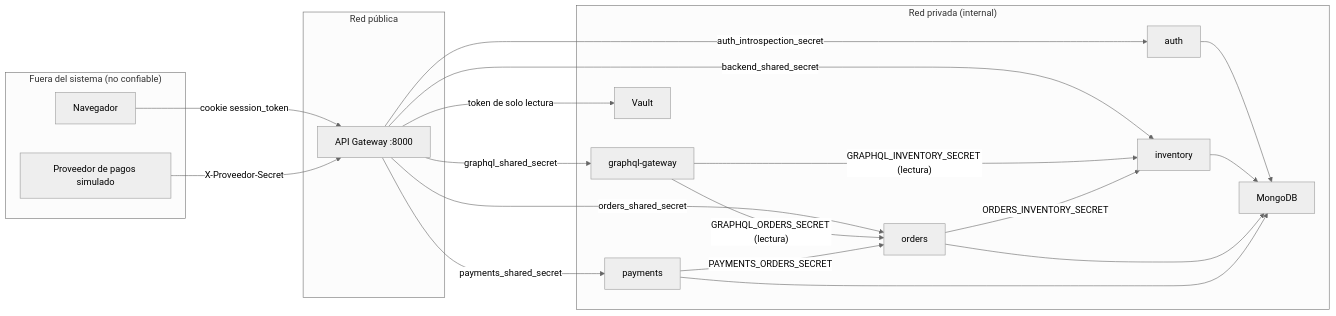
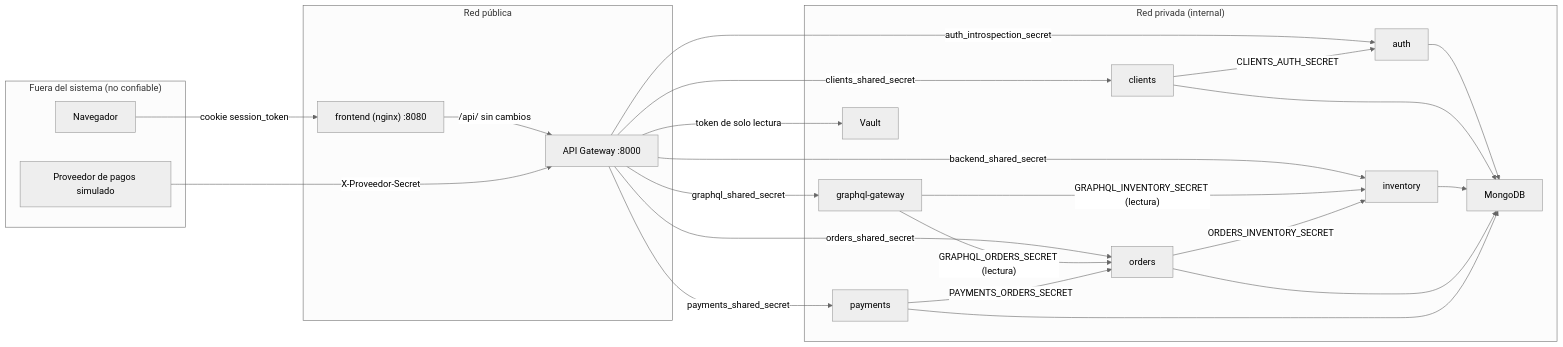
One commit to florenciapachecopardo-star/desarollo-web-unab changed the first of 3 diagrams in docs/m5-gateway.md. Above: the diagram before and after it, drawn with Mermaid (neutral theme). The commit also changed other lines of this file and 4 other files, not shown here.

````diff
--- a/docs/m5-gateway.md
+++ b/docs/m5-gateway.md
@@ -48,35 +48,41 @@
 ```mermaid
 flowchart LR
     subgraph EXT["Fuera del sistema (no confiable)"]
         NAV["Navegador"]
         PROV["Proveedor de pagos simulado"]
     end
     subgraph PUB["Red pública"]
+        FRONT["frontend (nginx) :8080"]
         GW["API Gateway :8000"]
     end
     subgraph PRIV["Red privada (internal)"]
         AUTH["auth"]
+        CLI["clients"]
         INV["inventory"]
         ORD["orders"]
         PAY["payments"]
         GQL["graphql-gateway"]
         VAULT["Vault"]
         MONGO["MongoDB"]
     end
-    NAV -- "cookie session_token" --> GW
+    NAV -- "cookie session_token" --> FRONT
+    FRONT -- "/api/ sin cambios" --> GW
     PROV -- "X-Proveedor-Secret" --> GW
     GW -- "auth_introspection_secret" --> AUTH
+    GW -- "clients_shared_secret" --> CLI
+    CLI -- "CLIENTS_AUTH_SECRET" --> AUTH
     GW -- "backend_shared_secret" --> INV
     GW -- "orders_shared_secret" --> ORD
     GW -- "payments_shared_secret" --> PAY
     GW -- "graphql_shared_secret" --> GQL
     GQL -- "GRAPHQL_ORDERS_SECRET (lectura)" --> ORD
     GQL -- "GRAPHQL_INVENTORY_SECRET (lectura)" --> INV
     GW -- "token de solo lectura" --> VAULT
     ORD -- "ORDERS_INVENTORY_SECRET" --> INV
     PAY -- "PAYMENTS_ORDERS_SECRET" --> ORD
     AUTH --> MONGO
+    CLI --> MONGO
     INV --> MONGO
     ORD --> MONGO
     PAY --> MONGO
 ```
````
